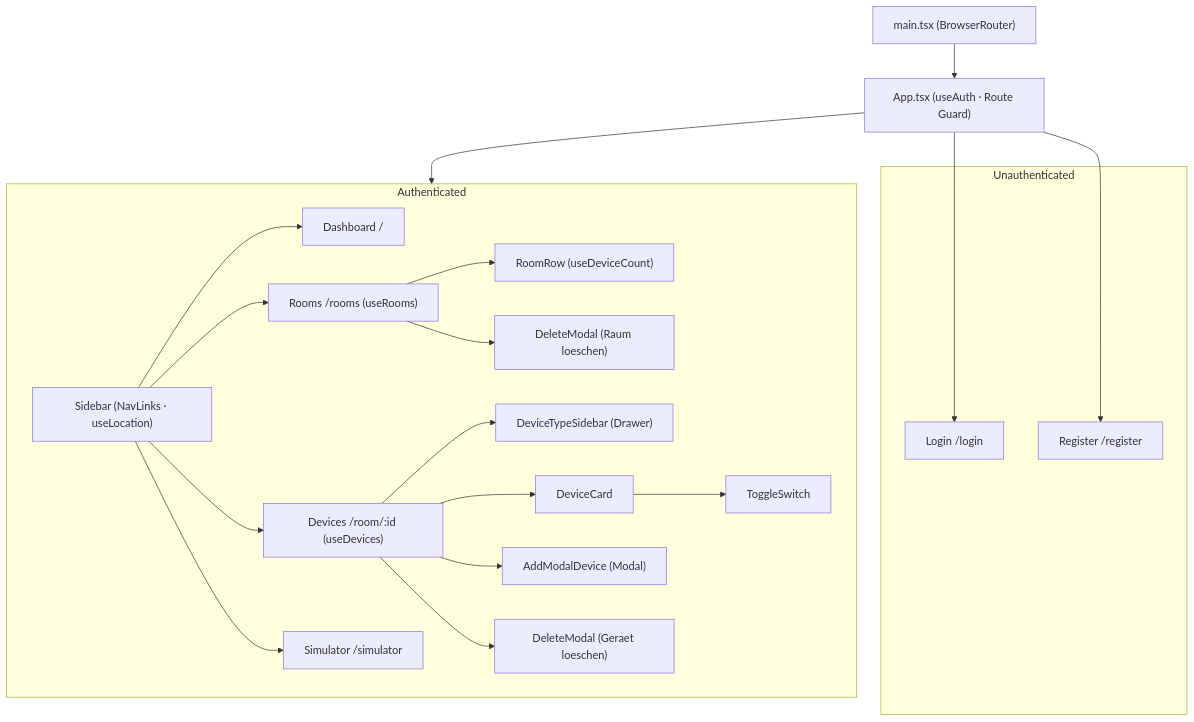
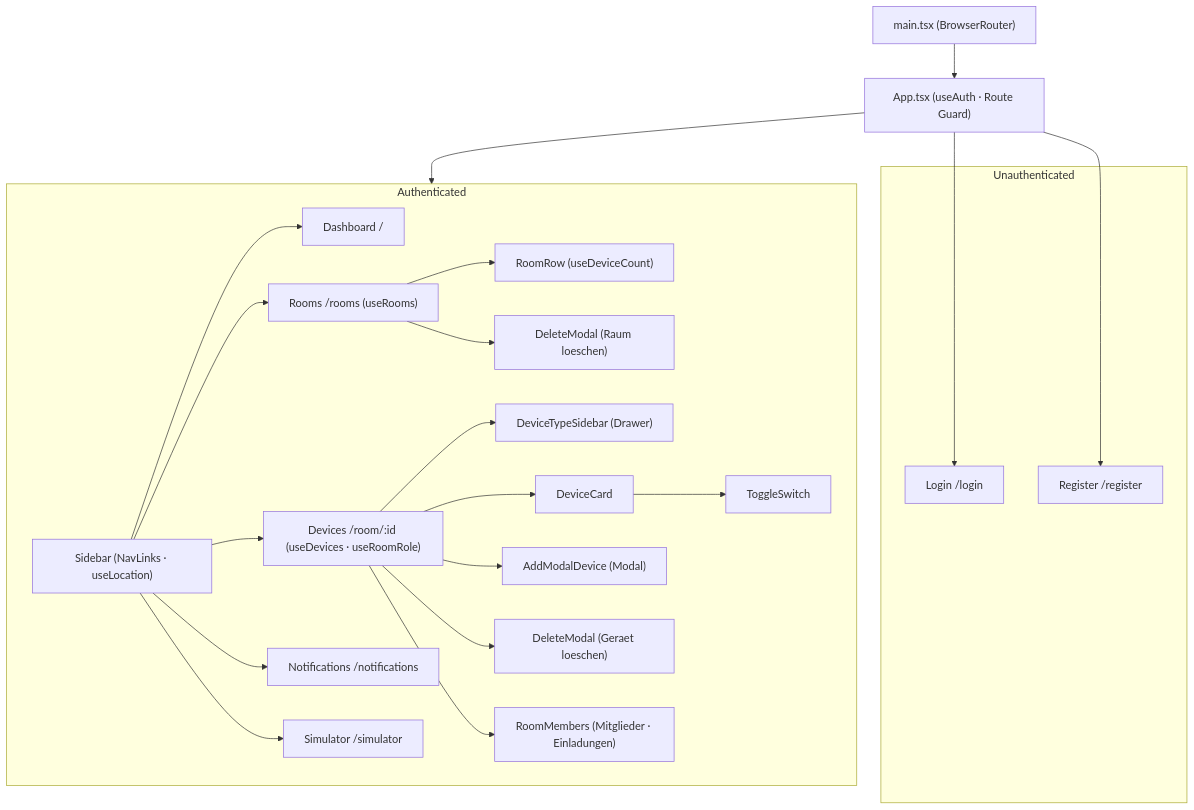
The first of 5 diagrams in docs/uml-diagram.md (jku-win-se/teaching-2026.ss.prse.braeuer.team5), drawn with Mermaid before and after one commit. The commit also changed other lines of this file, not shown here.

Commit message:
#73 [0.1] Update UML diagram für release v0.1.1

````diff
--- a/docs/uml-diagram.md
+++ b/docs/uml-diagram.md
@@ -5,44 +5,48 @@
 ```mermaid
 graph TD
     main["main.tsx (BrowserRouter)"]
     App["App.tsx (useAuth · Route Guard)"]
 
     subgraph Unauthenticated
         Login["Login /login"]
         Register["Register /register"]
     end
 
     subgraph Authenticated
         Sidebar["Sidebar (NavLinks · useLocation)"]
         Dashboard["Dashboard /"]
         Rooms["Rooms /rooms (useRooms)"]
         RoomRow["RoomRow (useDeviceCount)"]
-        Devices["Devices /room/:id (useDevices)"]
+        Devices["Devices /room/:id (useDevices · useRoomRole)"]
+        Notifications["Notifications /notifications"]
         Simulator["Simulator /simulator"]
         DeviceTypeSidebar["DeviceTypeSidebar (Drawer)"]
         DeviceCard["DeviceCard"]
         ToggleSwitch["ToggleSwitch"]
         AddModalDevice["AddModalDevice (Modal)"]
         DeleteModalDevices["DeleteModal (Geraet loeschen)"]
         DeleteModalRooms["DeleteModal (Raum loeschen)"]
+        RoomMembers["RoomMembers (Mitglieder · Einladungen)"]
     end
 
     main --> App
     App --> Login
     App --> Register
     App --> Authenticated
 
     Sidebar --> Dashboard
     Sidebar --> Rooms
     Sidebar --> Devices
+    Sidebar --> Notifications
     Sidebar --> Simulator
 
     Rooms --> RoomRow
     Rooms --> DeleteModalRooms
 
     Devices --> DeviceTypeSidebar
     Devices --> DeviceCard
     Devices --> AddModalDevice
     Devices --> DeleteModalDevices
+    Devices --> RoomMembers
     DeviceCard --> ToggleSwitch
 ```
````
